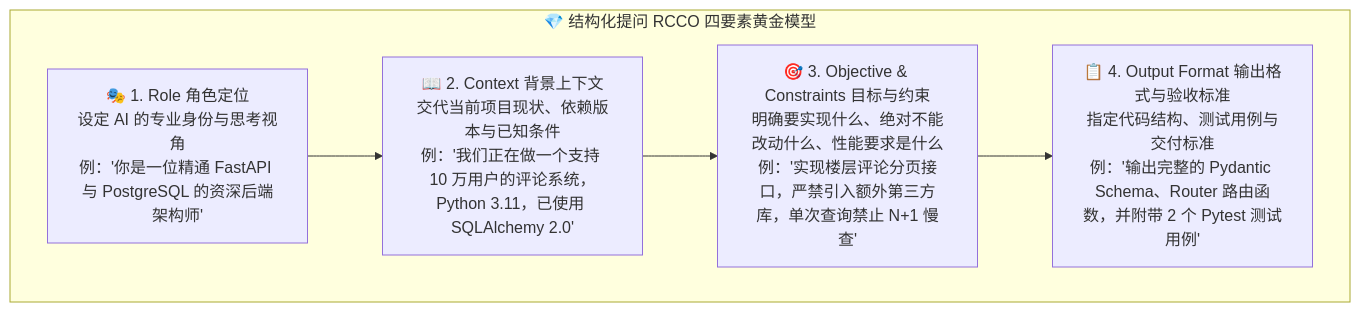
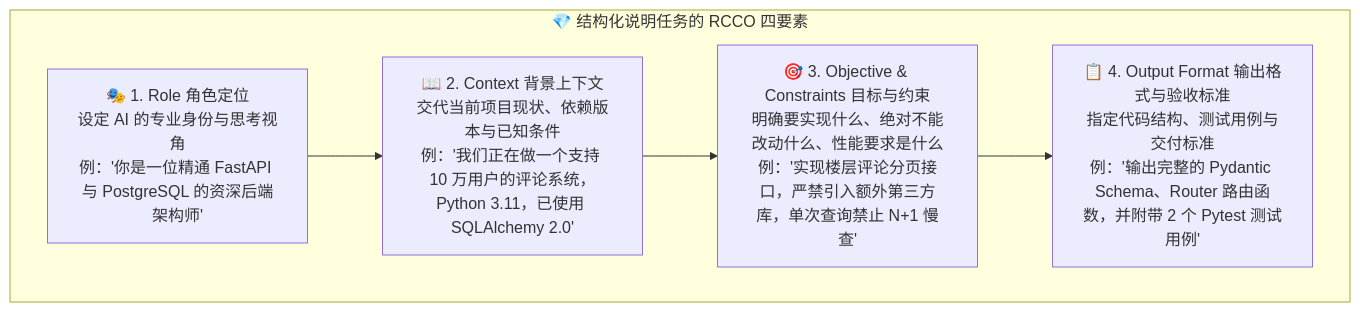
The second of 5 diagrams in 14_如何正确的使用agent工具/06_如何正确的与AI进行对话.md (buffer121328/vibe-coding-and-agents), drawn with Mermaid before and after one commit. The commit also changed other lines of this file and 147 other files, not shown here.

````diff
--- a/14_如何正确的使用agent工具/06_如何正确的与AI进行对话.md
+++ b/14_如何正确的使用agent工具/06_如何正确的与AI进行对话.md
@@ -37,10 +37,10 @@
 ```mermaid
 flowchart TD
-    subgraph RCCOModel ["💎 结构化提问 RCCO 四要素黄金模型"]
+    subgraph RCCOModel ["💎 结构化说明任务的 RCCO 四要素"]
         R["🎭 1. Role 角色定位<br/>设定 AI 的专业身份与思考视角<br/>例：'你是一位精通 FastAPI 与 PostgreSQL 的资深后端架构师'"]
         C["📖 2. Context 背景上下文<br/>交代当前项目现状、依赖版本与已知条件<br/>例：'我们正在做一个支持 10 万用户的评论系统，Python 3.11，已使用 SQLAlchemy 2.0'"]
         O["🎯 3. Objective & Constraints 目标与约束<br/>明确要实现什么、绝对不能改动什么、性能要求是什么<br/>例：'实现楼层评论分页接口，严禁引入额外第三方库，单次查询禁止 N+1 慢查'"]
         F["📋 4. Output Format 输出格式与验收标准<br/>指定代码结构、测试用例与交付标准<br/>例：'输出完整的 Pydantic Schema、Router 路由函数，并附带 2 个 Pytest 测试用例'"]
     end
     R --> C --> O --> F
 ```
````
